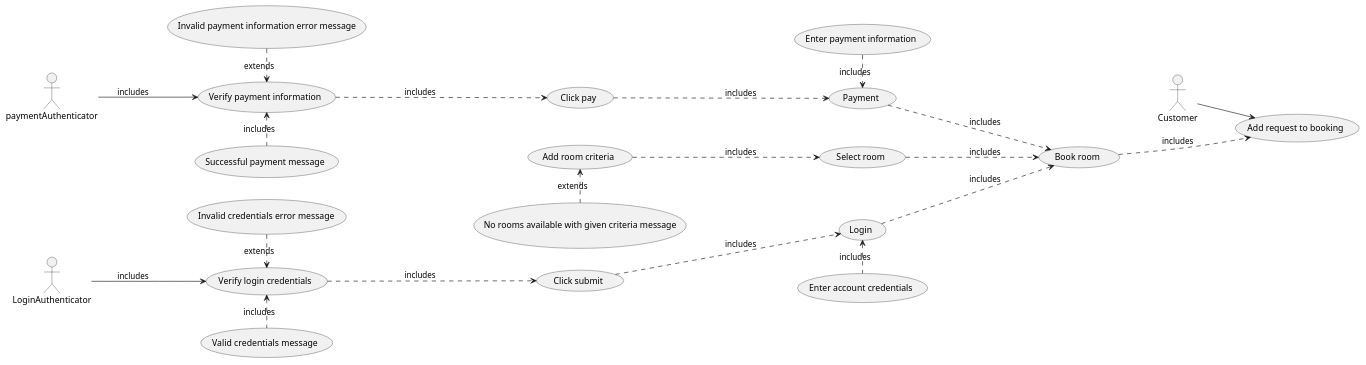
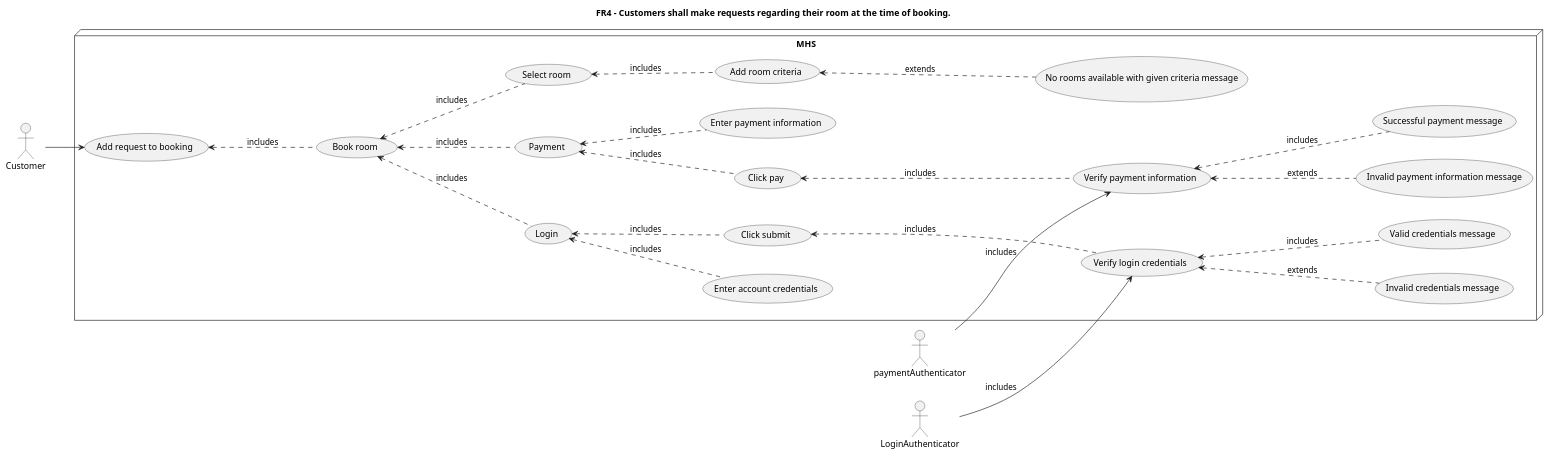
One commit to notkaramel/ECSE321-Mar1HotelSystem changed the diagram in documentation/UMLCodes/FR4UCDiagram.plantuml. Above: the diagram before and after it, drawn with PlantUML. The commit also changed 2 other files, not shown here.

```diff
--- a/documentation/UMLCodes/FR4UCDiagram.plantuml
+++ b/documentation/UMLCodes/FR4UCDiagram.plantuml
@@ -1,51 +1,55 @@
 @startuml CustomerUC
 'FR4 - The MHS shall allow a customer with an account to make specific requests regarding their room
 
+title FR4 - Customers shall make requests regarding their room at the time of booking.
 'Use cases
+
+node MHS {
 (Add request to booking) as UC0
 (Book room) as UC1
 (Select room) as UC2
 (Add room criteria) as UC3
 (No rooms available with given criteria message) as UC4
 (Login) as UC5
 (Enter account credentials) as UC6
 (Click submit) as UC7
 (Verify login credentials) as UC8
-(Invalid credentials error message) as UC9
+(Invalid credentials message) as UC9
 (Valid credentials message) as UC10
 (Payment) as UC11
 (Enter payment information) as UC12
 (Click pay) as UC13
 (Verify payment information) as UC14
-(Invalid payment information error message) as UC15
+(Invalid payment information message) as UC15
 (Successful payment message) as UC16
 
 left to right direction
 
 'Associations
+UC0 <-.- UC1  : includes
+UC1 <-.- UC2 : includes
+UC2 <-.- UC3 : includes
+UC3 <-.- UC4 : extends
+UC1 <-.- UC5 : includes
+UC5 <-.- UC6 : includes
+UC5 <-.- UC7 : includes
+UC1 <-.- UC11 : includes
+UC11 <-.- UC13 : includes
+UC11 <-.- UC12 : includes
+UC13 <-.- UC14 : includes
+UC14 <-.- UC15 : extends
+UC14 <-.- UC16 : includes
+UC8 <-.- UC9 : extends
+UC8 <-.- UC10 : includes
+UC7 <-.- UC8 : includes
+}
 Customer --> UC0
-UC1 -.-> UC0 : includes
-UC2 -.-> UC1 : includes
-UC3 -.-> UC2 : includes
-UC4 -left.-> UC3 : extends
-UC5 -.-> UC1 : includes
-UC6 -left.-> UC5 : includes
-UC7 -.-> UC5 : includes
-UC11 -.-> UC1 : includes
-UC13 -.-> UC11 : includes
-UC12 -right.-> UC11 : includes
 paymentAuthenticator --> UC14 : includes
-UC14 -.-> UC13 : includes
-UC15 -right.-> UC14 : extends
-UC16 -left.-> UC14 : includes
 LoginAuthenticator --> UC8 : includes
-UC9 -right.-> UC8 : extends
-UC10 -left.-> UC8 : includes
-UC8 -.-> UC7 : includes
 
 
 
 
 
 
 @enduml
```
